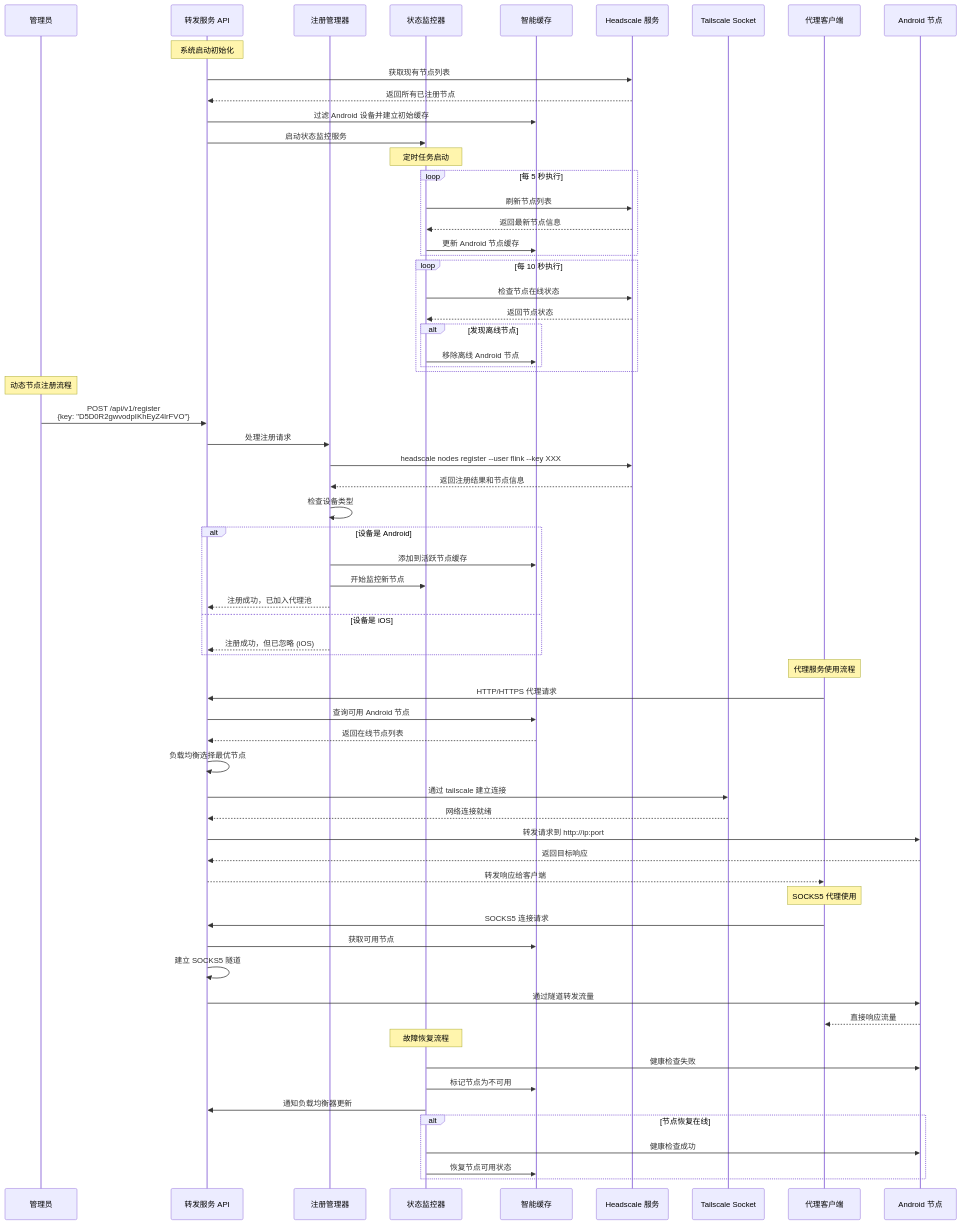
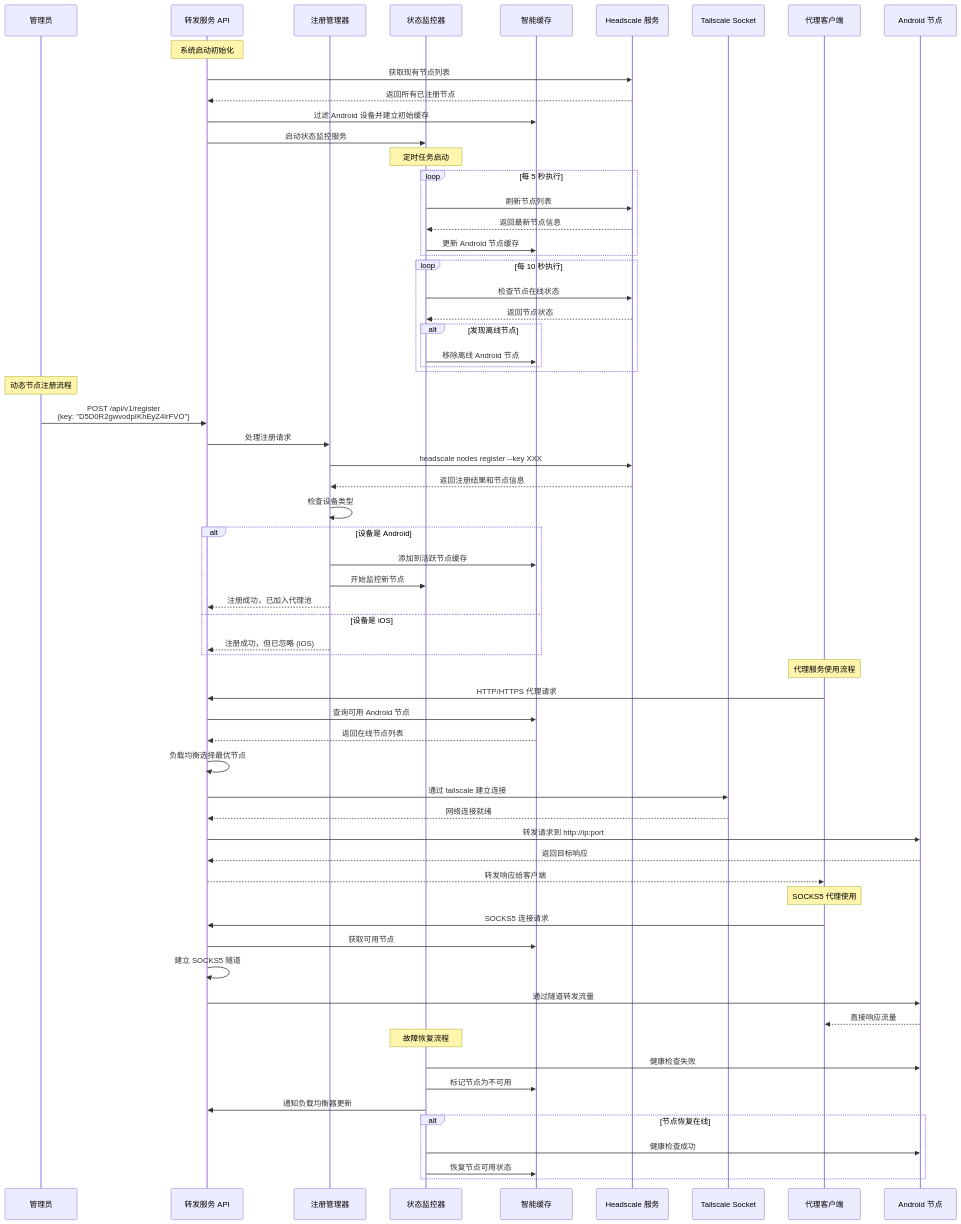
Before and after one commit to hexonal/tailscale-go-proxy: the second of 5 diagrams in docs/设计方案.md, drawn with Mermaid. The commit also changed other lines of this file and 24 other files, not shown here.

````diff
--- a/docs/设计方案.md
+++ b/docs/设计方案.md
@@ -69,77 +69,77 @@
 ```mermaid
 sequenceDiagram
     participant Admin as 管理员
     participant API as 转发服务 API
     participant Register as 注册管理器
     participant Monitor as 状态监控器
     participant Cache as 智能缓存
     participant Headscale as Headscale 服务
     participant Socket as Tailscale Socket
     participant Client as 代理客户端
     participant Android as Android 节点
 
     Note over API: 系统启动初始化
     API->>Headscale: 获取现有节点列表
     Headscale-->>API: 返回所有已注册节点
     API->>Cache: 过滤 Android 设备并建立初始缓存
     API->>Monitor: 启动状态监控服务
     
     Note over Monitor: 定时任务启动
     loop 每 5 秒执行
         Monitor->>Headscale: 刷新节点列表
         Headscale-->>Monitor: 返回最新节点信息
         Monitor->>Cache: 更新 Android 节点缓存
     end
     
     loop 每 10 秒执行
         Monitor->>Headscale: 检查节点在线状态
         Headscale-->>Monitor: 返回节点状态
         alt 发现离线节点
             Monitor->>Cache: 移除离线 Android 节点
         end
     end
     
     Note over Admin: 动态节点注册流程
     Admin->>API: POST /api/v1/register<br/>{key: "D5D0R2gwvodpIKhEyZ4lrFVO"}
     API->>Register: 处理注册请求
-    Register->>Headscale: headscale nodes register --user flink --key XXX
+    Register->>Headscale: headscale nodes register --key XXX
     Headscale-->>Register: 返回注册结果和节点信息
     
     Register->>Register: 检查设备类型
     alt 设备是 Android
         Register->>Cache: 添加到活跃节点缓存
         Register->>Monitor: 开始监控新节点
         Register-->>API: 注册成功，已加入代理池
     else 设备是 iOS
         Register-->>API: 注册成功，但已忽略 (iOS)
     end
     
     Note over Client: 代理服务使用流程
     Client->>API: HTTP/HTTPS 代理请求
     API->>Cache: 查询可用 Android 节点
     Cache-->>API: 返回在线节点列表
     API->>API: 负载均衡选择最优节点
     
     API->>Socket: 通过 tailscale 建立连接
     Socket-->>API: 网络连接就绪
     API->>Android: 转发请求到 http://ip:port
     Android-->>API: 返回目标响应
     API-->>Client: 转发响应给客户端
     
     Note over Client: SOCKS5 代理使用
     Client->>API: SOCKS5 连接请求
     API->>Cache: 获取可用节点
     API->>API: 建立 SOCKS5 隧道
     API->>Android: 通过隧道转发流量
     Android-->>Client: 直接响应流量
     
     Note over Monitor: 故障恢复流程
     Monitor->>Android: 健康检查失败
     Monitor->>Cache: 标记节点为不可用
     Monitor->>API: 通知负载均衡器更新
     
     alt 节点恢复在线
         Monitor->>Android: 健康检查成功
         Monitor->>Cache: 恢复节点可用状态
     end
  ```
````
